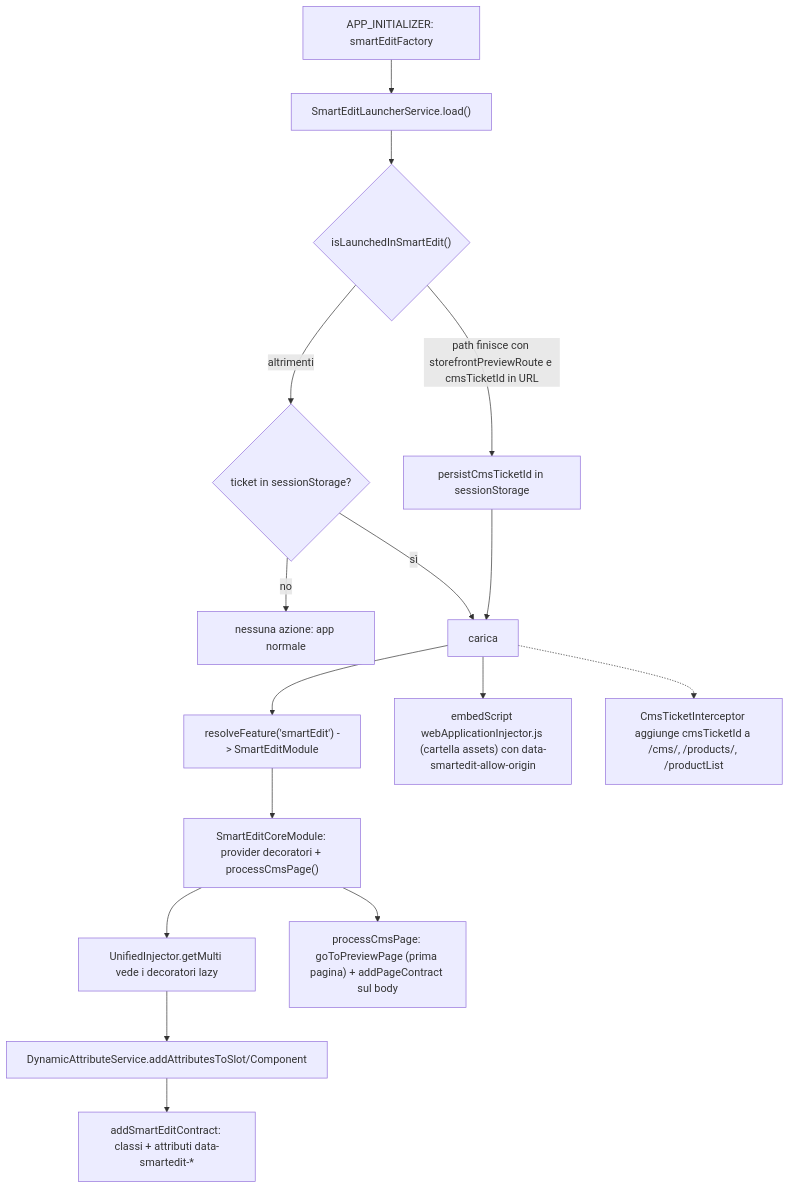
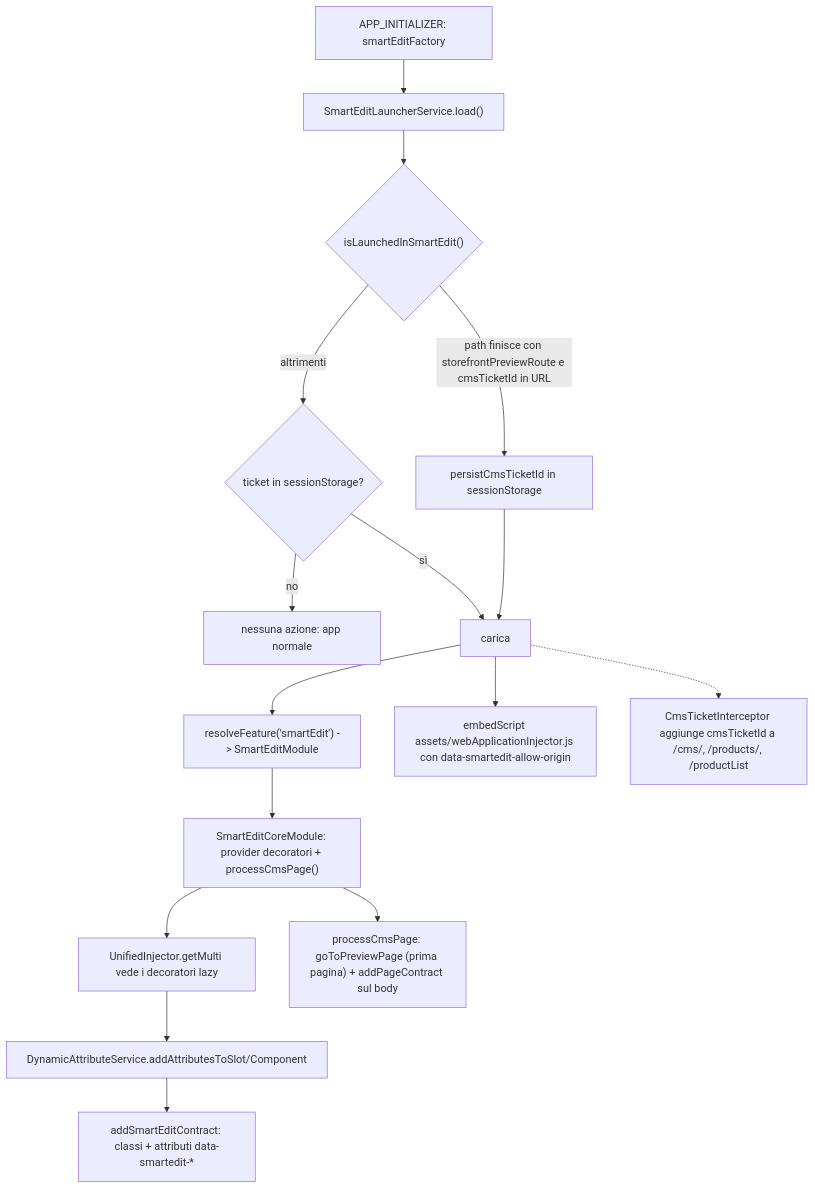
The third of 5 diagrams in docs/spartacus-book/parte-2/33-tracking-smartedit-qualtrics.md (mgiuditta/spartacus), drawn with Mermaid before and after one commit. The commit also changed other lines of this file and 3 other files, not shown here.

````diff
--- a/docs/spartacus-book/parte-2/33-tracking-smartedit-qualtrics.md
+++ b/docs/spartacus-book/parte-2/33-tracking-smartedit-qualtrics.md
@@ -283,18 +283,18 @@
 ```mermaid
 flowchart TD
     A["APP_INITIALIZER: smartEditFactory"] --> B["SmartEditLauncherService.load()"]
     B --> C{"isLaunchedInSmartEdit()"}
     C -->|"path finisce con storefrontPreviewRoute e cmsTicketId in URL"| D["persistCmsTicketId in sessionStorage"]
     C -->|"altrimenti"| E{"ticket in sessionStorage?"}
     E -->|"no"| Z["nessuna azione: app normale"]
     E -->|"sì"| F["carica"]
     D --> F
     F --> G["resolveFeature('smartEdit') -> SmartEditModule"]
-    F --> H["embedScript webApplicationInjector.js (cartella assets) con data-smartedit-allow-origin"]
+    F --> H["embedScript assets/webApplicationInjector.js con data-smartedit-allow-origin"]
     G --> I["SmartEditCoreModule: provider decoratori + processCmsPage()"]
     I --> J["UnifiedInjector.getMulti vede i decoratori lazy"]
     J --> K["DynamicAttributeService.addAttributesToSlot/Component"]
     K --> L["addSmartEditContract: classi + attributi data-smartedit-*"]
     I --> M["processCmsPage: goToPreviewPage (prima pagina) + addPageContract sul body"]
     F -.-> N["CmsTicketInterceptor aggiunge cmsTicketId a /cms/, /products/, /productList"]
 ```
````
